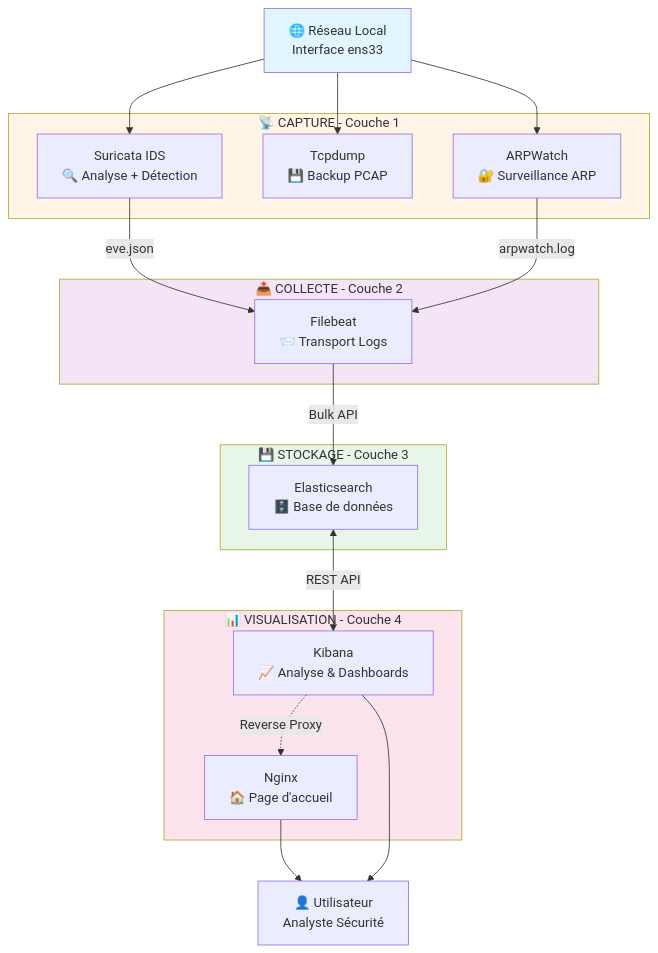
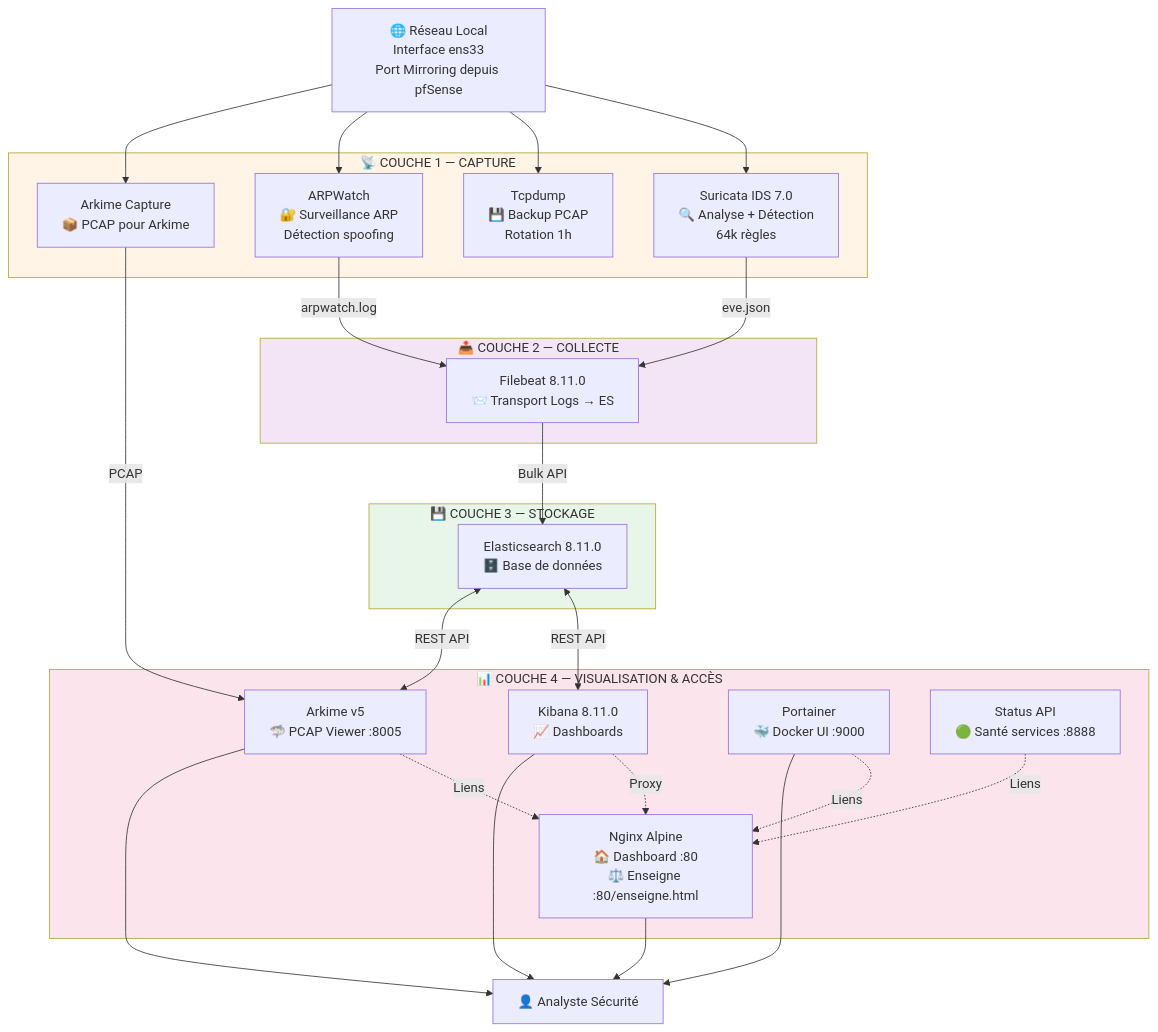
One commit to salifbiaye/surveillance-reseau-automatique changed the first of 3 diagrams in surveillance-reseau/docs/architecture-publique.md. Above: the diagram before and after it, drawn with Mermaid. The commit also changed other lines of this file and 12 other files, not shown here.

````diff
--- a/surveillance-reseau/docs/architecture-publique.md
+++ b/surveillance-reseau/docs/architecture-publique.md
@@ -155,44 +160,56 @@
 ```mermaid
 flowchart TD
-    Network[🌐 Réseau Local<br/>Interface ens33]
+    Network[🌐 Réseau Local<br/>Interface ens33<br/>Port Mirroring depuis pfSense]
 
-    subgraph Capture["📡 CAPTURE - Couche 1"]
-        Suricata[Suricata IDS<br/>🔍 Analyse + Détection]
-        Tcpdump[Tcpdump<br/>💾 Backup PCAP]
-        ARPWatch[ARPWatch<br/>🔐 Surveillance ARP]
+    subgraph Capture["📡 COUCHE 1 — CAPTURE"]
+        Suricata[Suricata IDS 7.0<br/>🔍 Analyse + Détection<br/>64k règles]
+        Tcpdump[Tcpdump<br/>💾 Backup PCAP<br/>Rotation 1h]
+        ARPWatch[ARPWatch<br/>🔐 Surveillance ARP<br/>Détection spoofing]
+        ArkimeCapture[Arkime Capture<br/>📦 PCAP pour Arkime]
     end
 
-    subgraph Collecte["📤 COLLECTE - Couche 2"]
-        Filebeat[Filebeat<br/>📨 Transport Logs]
+    subgraph Collecte["📤 COUCHE 2 — COLLECTE"]
+        Filebeat[Filebeat 8.11.0<br/>📨 Transport Logs → ES]
     end
 
-    subgraph Stockage["💾 STOCKAGE - Couche 3"]
-        Elasticsearch[Elasticsearch<br/>🗄️ Base de données]
+    subgraph Stockage["💾 COUCHE 3 — STOCKAGE"]
+        Elasticsearch[Elasticsearch 8.11.0<br/>🗄️ Base de données]
     end
 
-    subgraph Visualisation["📊 VISUALISATION - Couche 4"]
-        Kibana[Kibana<br/>📈 Analyse & Dashboards]
-        Nginx[Nginx<br/>🏠 Page d'accueil]
+    subgraph Visualisation["📊 COUCHE 4 — VISUALISATION & ACCÈS"]
+        Kibana[Kibana 8.11.0<br/>📈 Dashboards]
+        Arkime[Arkime v5<br/>🦈 PCAP Viewer :8005]
+        Nginx[Nginx Alpine<br/>🏠 Dashboard :80<br/>⚖️ Enseigne :80/enseigne.html]
+        Portainer[Portainer<br/>🐳 Docker UI :9000]
+        StatusAPI[Status API<br/>🟢 Santé services :8888]
     end
 
     Network --> Suricata
     Network --> Tcpdump
     Network --> ARPWatch
+    Network --> ArkimeCapture
 
     Suricata -->|eve.json| Filebeat
     ARPWatch -->|arpwatch.log| Filebeat
+    ArkimeCapture -->|PCAP| Arkime
 
     Filebeat -->|Bulk API| Elasticsearch
 
     Elasticsearch <-->|REST API| Kibana
-    Kibana -.->|Reverse Proxy| Nginx
+    Elasticsearch <-->|REST API| Arkime
 
-    Nginx --> User[👤 Utilisateur<br/>Analyste Sécurité]
+    Kibana -.->|Proxy| Nginx
+    Arkime -.->|Liens| Nginx
+    Portainer -.->|Liens| Nginx
+    StatusAPI -.->|Liens| Nginx
+
+    Nginx --> User[👤 Analyste Sécurité]
     Kibana --> User
+    Arkime --> User
+    Portainer --> User
 
-    style Network fill:#e1f5ff
     style Capture fill:#fff4e6
     style Collecte fill:#f3e5f5
     style Stockage fill:#e8f5e9
     style Visualisation fill:#fce4ec
 ```
````
